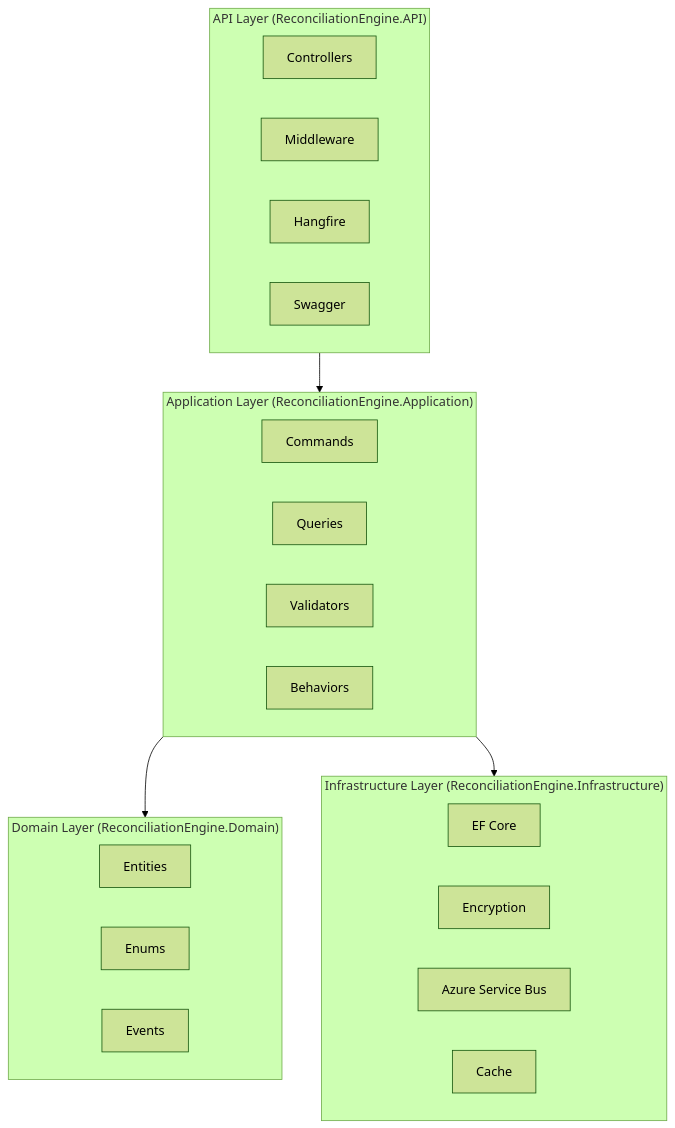
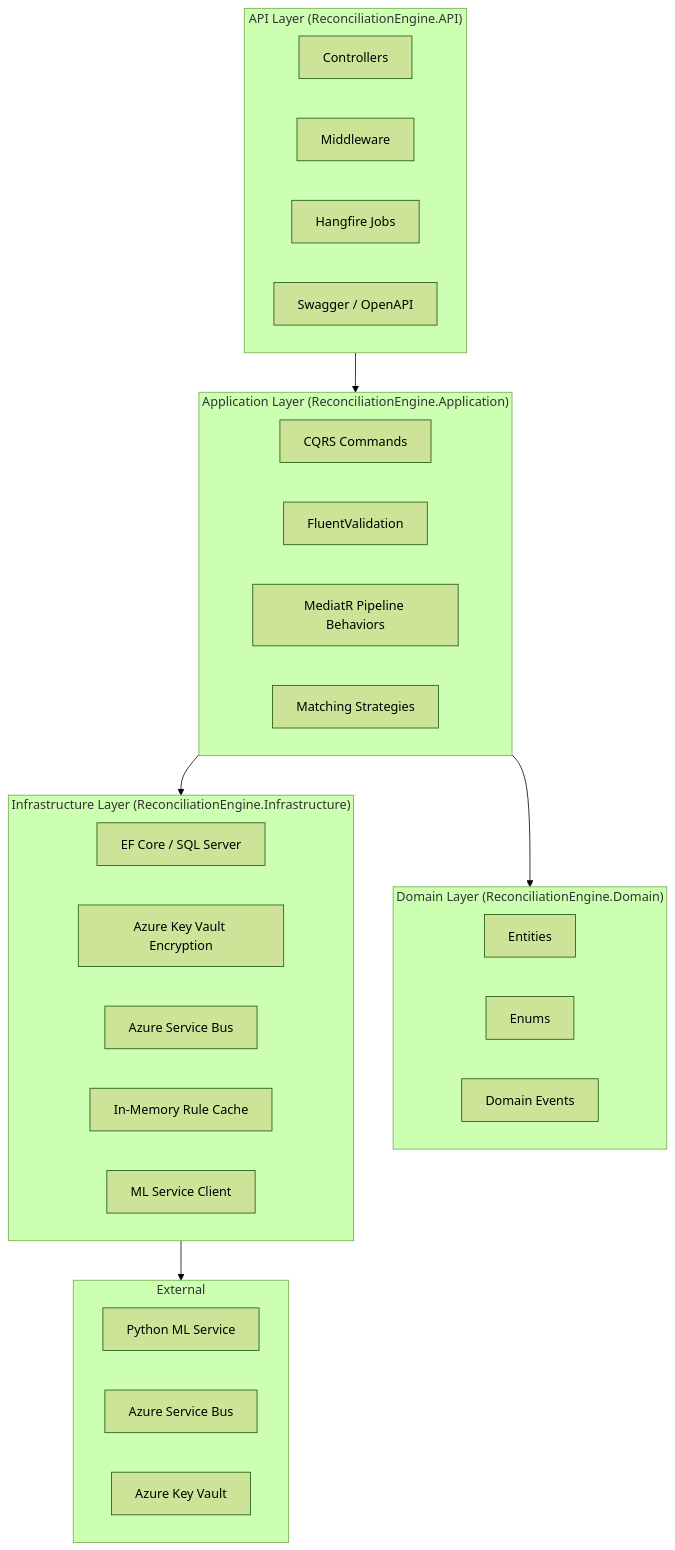
Before and after one commit to DynamicKarabo/recon-engine: the first of 2 diagrams in README.md, drawn with Mermaid (forest theme). The commit also changed other lines of this file and 2 other files, not shown here.

````diff
--- a/README.md
+++ b/README.md
@@ -17,33 +19,41 @@
 ```mermaid
 graph TB
     subgraph API["API Layer (ReconciliationEngine.API)"]
         C[Controllers]
         M[Middleware]
-        H[Hangfire]
-        S[Swagger]
+        H[Hangfire Jobs]
+        S[Swagger / OpenAPI]
     end
 
     subgraph APP["Application Layer (ReconciliationEngine.Application)"]
-        CM[Commands]
-        Q[Queries]
-        V[Validators]
-        B[Behaviors]
+        CM[CQRS Commands]
+        V[FluentValidation]
+        P[MediatR Pipeline Behaviors]
+        MS[Matching Strategies]
     end
 
     subgraph DOM["Domain Layer (ReconciliationEngine.Domain)"]
         E[Entities]
         EN[Enums]
-        EV[Events]
+        EV[Domain Events]
     end
 
     subgraph INF["Infrastructure Layer (ReconciliationEngine.Infrastructure)"]
-        EF[EF Core]
-        ENC[Encryption]
+        EF[EF Core / SQL Server]
+        ENC[Azure Key Vault Encryption]
         ASB[Azure Service Bus]
-        CH[Cache]
+        CH[In-Memory Rule Cache]
+        ML[ML Service Client]
+    end
+
+    subgraph EXT["External"]
+        ML_SVC[Python ML Service]
+        SB[Azure Service Bus]
+        KV[Azure Key Vault]
     end
 
     API --> APP
     APP --> DOM
     APP --> INF
+    INF --> EXT
 ```
````
